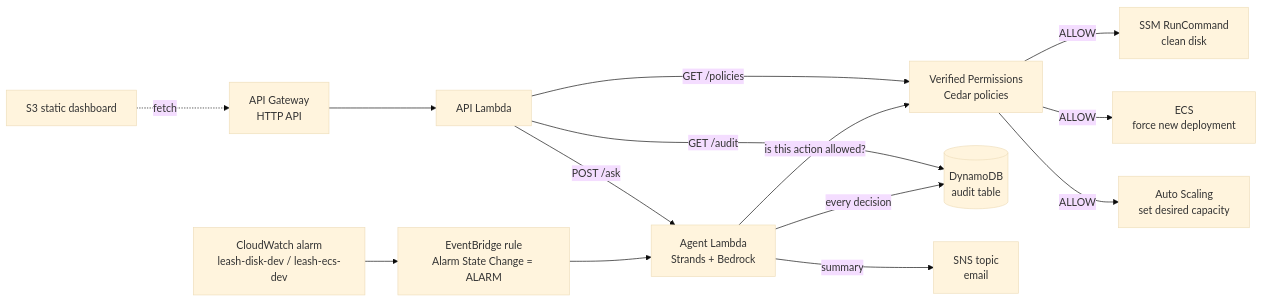
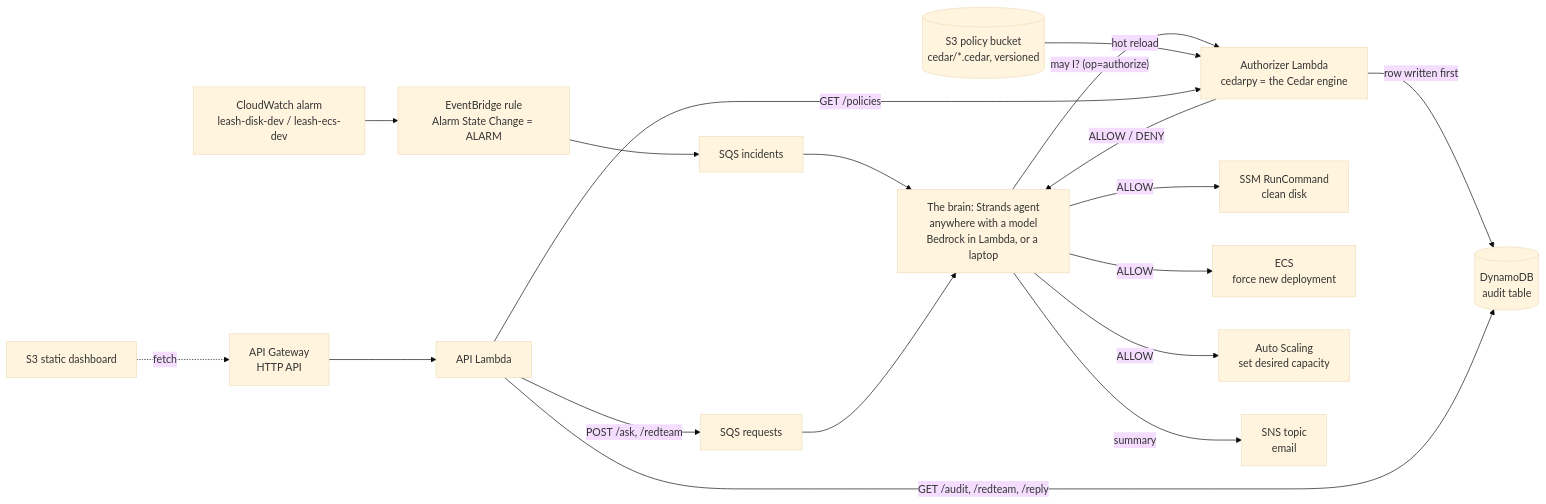
The diagram in README.md (AyushVUpadhye/leash), drawn with Mermaid (base theme) before and after one commit. The commit also changed other lines of this file and 2 other files, not shown here.

Commit message:
docs: free-plan shape - leash as a service, brain anywhere

````diff
--- a/README.md
+++ b/README.md
@@ -28,16 +34,19 @@
 ```mermaid
 flowchart LR
     CW[CloudWatch alarm<br/>leash-disk-dev / leash-ecs-dev] --> EB[EventBridge rule<br/>Alarm State Change = ALARM]
-    EB --> AG[Agent Lambda<br/>Strands + Bedrock]
-    AG -- "is this action allowed?" --> AVP[Verified Permissions<br/>Cedar policies]
-    AVP -- ALLOW --> SSM[SSM RunCommand<br/>clean disk]
-    AVP -- ALLOW --> ECS[ECS<br/>force new deployment]
-    AVP -- ALLOW --> ASG[Auto Scaling<br/>set desired capacity]
-    AG -- "every decision" --> DDB[(DynamoDB<br/>audit table)]
-    AG -- summary --> SNS[SNS topic<br/>email]
+    EB --> IQ[SQS incidents]
+    IQ --> BRAIN[The brain: Strands agent<br/>anywhere with a model<br/>Bedrock in Lambda, or a laptop]
+    BRAIN -- "may I? (op=authorize)" --> AZ[Authorizer Lambda<br/>cedarpy = the Cedar engine]
+    PB[(S3 policy bucket<br/>cedar/*.cedar, versioned)] -- hot reload --> AZ
+    AZ -- "row written first" --> DDB[(DynamoDB<br/>audit table)]
+    AZ -- ALLOW / DENY --> BRAIN
+    BRAIN -- ALLOW --> SSM[SSM RunCommand<br/>clean disk]
+    BRAIN -- ALLOW --> ECS[ECS<br/>force new deployment]
+    BRAIN -- ALLOW --> ASG[Auto Scaling<br/>set desired capacity]
+    BRAIN -- summary --> SNS[SNS topic<br/>email]
     APIGW[API Gateway<br/>HTTP API] --> API[API Lambda]
-    API -- "GET /audit" --> DDB
-    API -- "GET /policies" --> AVP
-    API -- "POST /ask" --> AG
+    API -- "GET /audit, /redteam, /reply" --> DDB
+    API -- "GET /policies" --> AZ
+    API -- "POST /ask, /redteam" --> RQ[SQS requests] --> BRAIN
     S3[S3 static dashboard] -. fetch .-> APIGW
 ```
````
